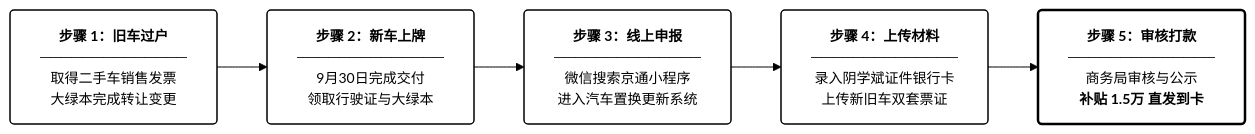
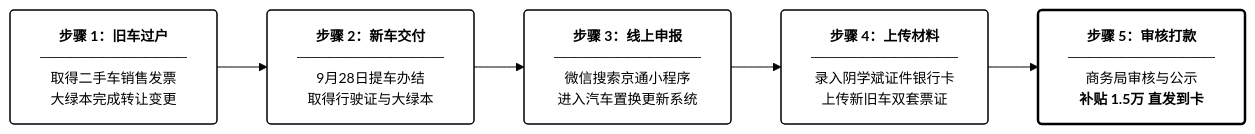
Before and after one commit to amasun/n70-car-plan: the second of 2 diagrams in README.md, drawn with Mermaid. The commit also changed other lines of this file and 1 other file, not shown here.

````diff
--- a/README.md
+++ b/README.md
@@ -224,31 +219,31 @@
 ```mermaid
 %%{init: {
   'theme': 'base',
   'themeVariables': {
     'fontSize': '14px',
     'primaryColor': '#ffffff',
     'primaryTextColor': '#000000',
     'primaryBorderColor': '#000000',
     'lineColor': '#000000',
     'textColor': '#000000'
   }
 }}%%
 flowchart LR
     S1["<b>步骤 1：旧车过户</b><br>──────────────<br>取得二手车销售发票<br>大绿本完成转让变更"]
     
-    S2["<b>步骤 2：新车上牌</b><br>──────────────<br>9月30日完成交付<br>领取行驶证与大绿本"]
+    S2["<b>步骤 2：新车交付</b><br>──────────────<br>9月28日提车办结<br>取得行驶证与大绿本"]
 
     S3["<b>步骤 3：线上申报</b><br>──────────────<br>微信搜索京通小程序<br>进入汽车置换更新系统"]
 
     S4["<b>步骤 4：上传材料</b><br>──────────────<br>录入阴学斌证件银行卡<br>上传新旧车双套票证"]
 
     S5["<b>步骤 5：审核打款</b><br>──────────────<br>商务局审核与公示<br><b>补贴 1.5万 直发到卡</b>"]
 
     S1 --> S2 --> S3 --> S4 --> S5
 
     classDef wireframe fill:#ffffff,stroke:#000000,stroke-width:1.5px,color:#000000,rx:4px,ry:4px;
     classDef wireframeTerminal fill:#ffffff,stroke:#000000,stroke-width:2.5px,color:#000000,rx:4px,ry:4px;
 
     class S1,S2,S3,S4 wireframe;
     class S5 wireframeTerminal;
 ```
````
